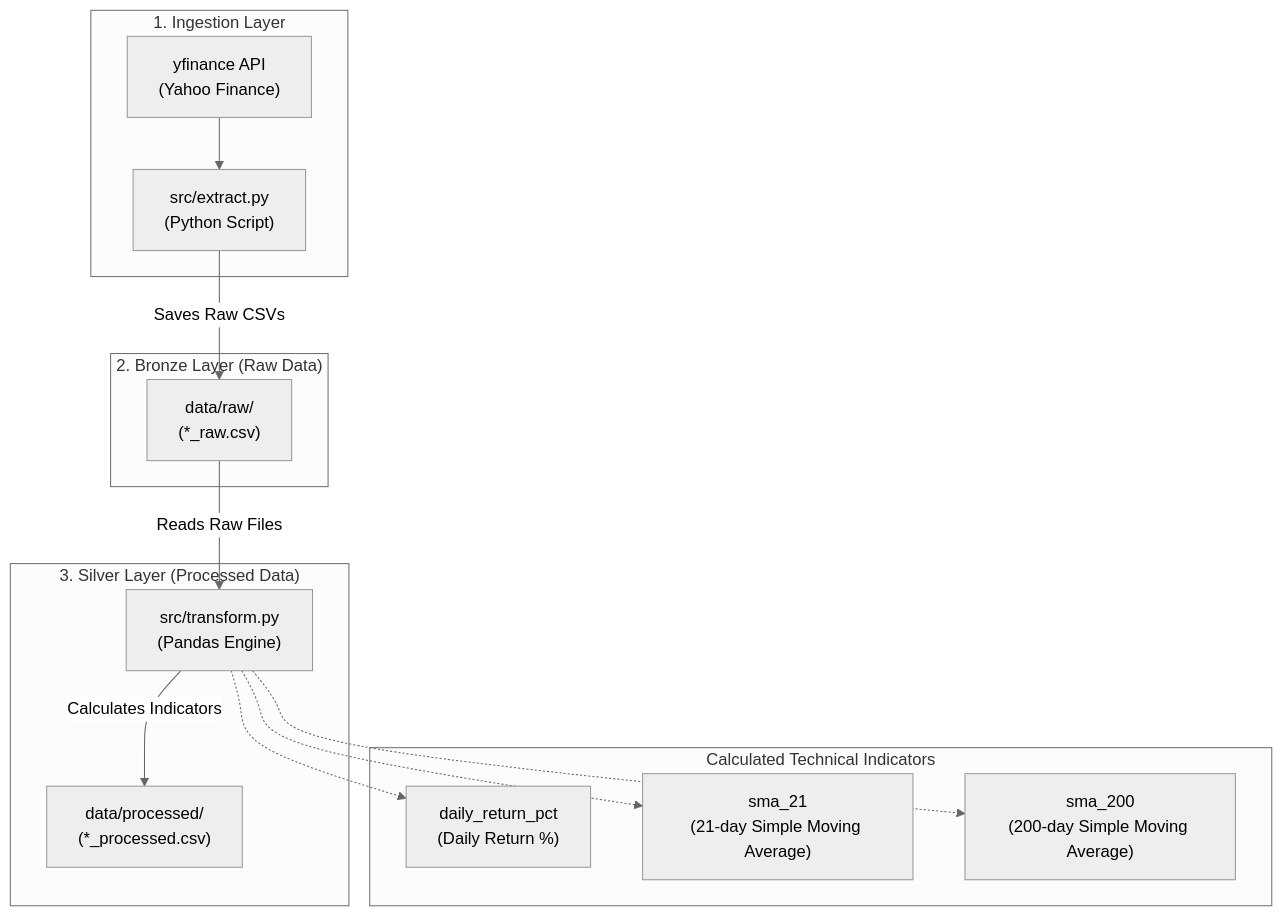
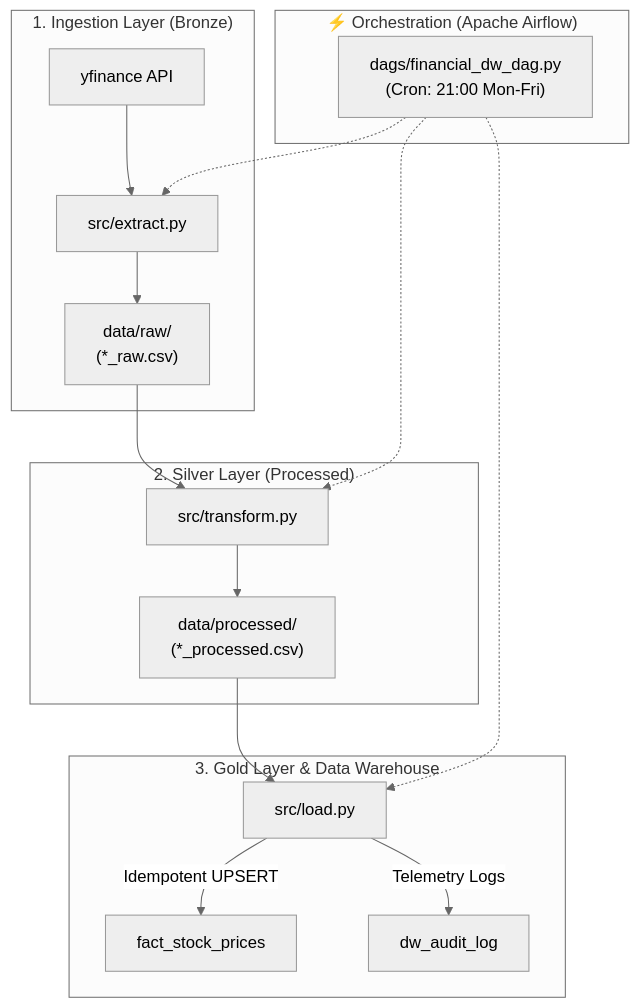
Before and after one commit to loweri/financial-etl-pipeline: the second of 2 diagrams in README.md, drawn with Mermaid (neutral theme). The commit also changed other lines of this file, not shown here.

Commit message:
docs: atualiza README com arquitetura end-to-end completa, Supabase DW, Airflow DAG e SQL Analytics

````diff
--- a/README.md
+++ b/README.md
@@ -95,29 +138,34 @@
 ```mermaid
 flowchart TD
-    subgraph Ingestion ["1. Ingestion Layer"]
-        API_EN["yfinance API\n(Yahoo Finance)"]
-        PY_EXT_EN["src/extract.py\n(Python Script)"]
-        API_EN --> PY_EXT_EN
+    subgraph Orchestration ["⚡ Orchestration (Apache Airflow)"]
+        DAG_EN["dags/financial_dw_dag.py\n(Cron: 21:00 Mon-Fri)"]
     end
 
-    subgraph Bronze_EN ["2. Bronze Layer (Raw Data)"]
+    subgraph Ingestion ["1. Ingestion Layer (Bronze)"]
+        API_EN["yfinance API"]
+        PY_EXT_EN["src/extract.py"]
         RAW_EN["data/raw/\n(*_raw.csv)"]
-        PY_EXT_EN -->|Saves Raw CSVs| RAW_EN
+        API_EN --> PY_EXT_EN
+        PY_EXT_EN --> RAW_EN
     end
 
-    subgraph Silver_EN ["3. Silver Layer (Processed Data)"]
-        PY_TRF_EN["src/transform.py\n(Pandas Engine)"]
+    subgraph Silver_EN ["2. Silver Layer (Processed)"]
+        PY_TRF_EN["src/transform.py"]
         PROC_EN["data/processed/\n(*_processed.csv)"]
-        RAW_EN -->|Reads Raw Files| PY_TRF_EN
-        PY_TRF_EN -->|Calculates Indicators| PROC_EN
+        RAW_EN --> PY_TRF_EN
+        PY_TRF_EN --> PROC_EN
     end
 
-    subgraph Indicators_EN ["Calculated Technical Indicators"]
-        IND1_EN["daily_return_pct\n(Daily Return %)"]
-        IND2_EN["sma_21\n(21-day Simple Moving Average)"]
-        IND3_EN["sma_200\n(200-day Simple Moving Average)"]
-        PY_TRF_EN -.-> IND1_EN
-        PY_TRF_EN -.-> IND2_EN
-        PY_TRF_EN -.-> IND3_EN
+    subgraph Gold_EN ["3. Gold Layer & Data Warehouse"]
+        PY_LOAD_EN["src/load.py"]
+        DW_FACT_EN["fact_stock_prices"]
+        DW_LOG_EN["dw_audit_log"]
+        PROC_EN --> PY_LOAD_EN
+        PY_LOAD_EN -->|Idempotent UPSERT| DW_FACT_EN
+        PY_LOAD_EN -->|Telemetry Logs| DW_LOG_EN
     end
+
+    DAG_EN -.-> PY_EXT_EN
+    DAG_EN -.-> PY_TRF_EN
+    DAG_EN -.-> PY_LOAD_EN
 ```
````
